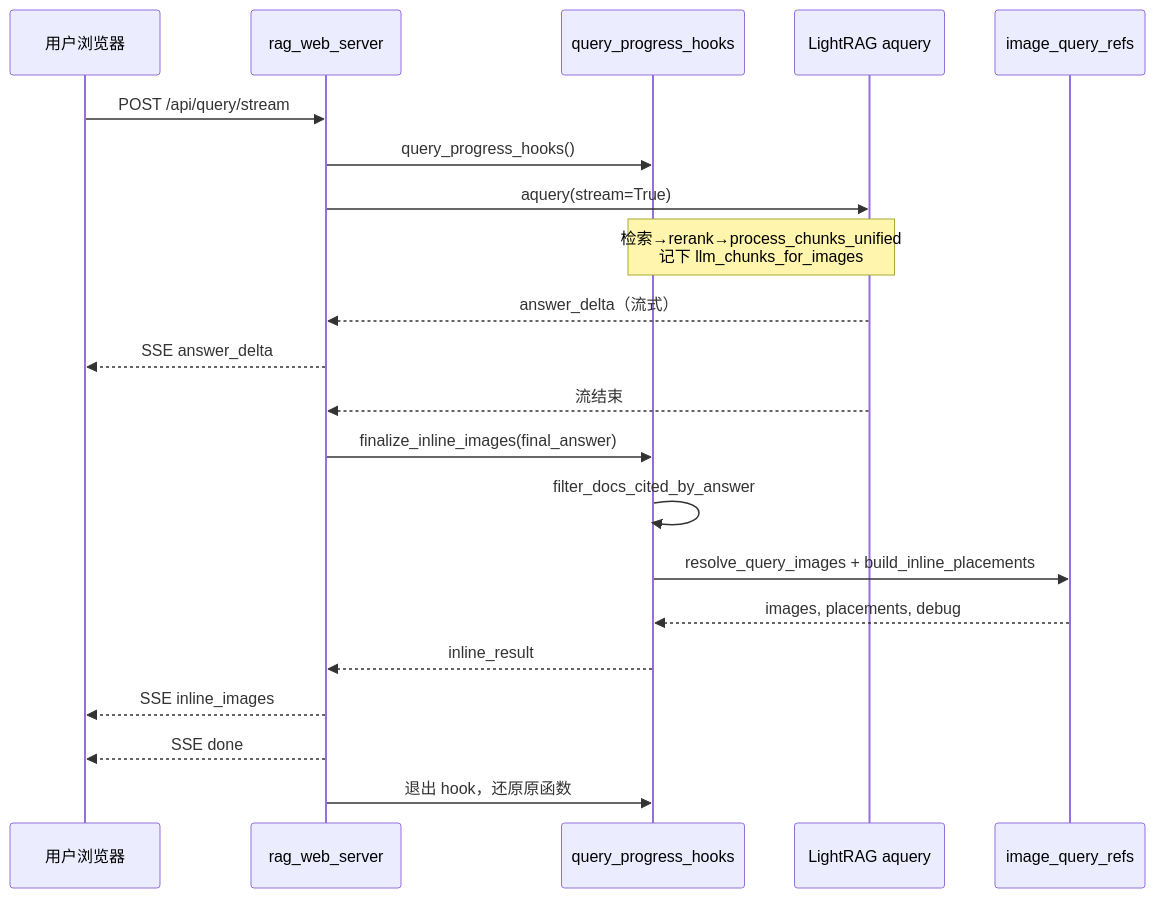
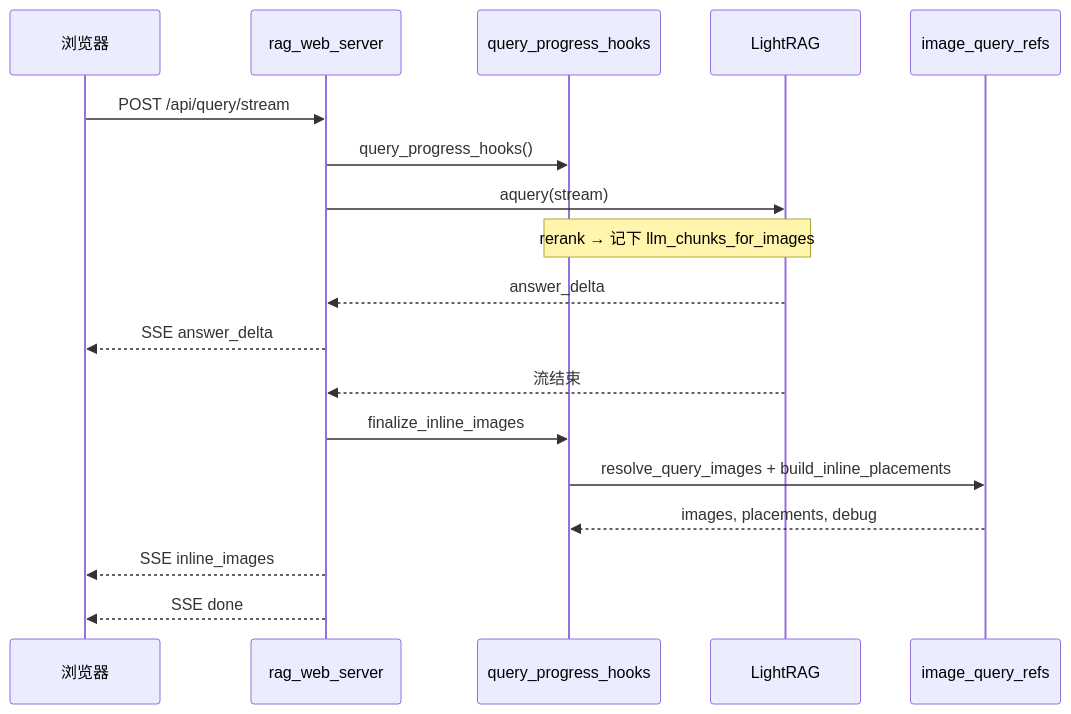
The fourth of 4 diagrams in docs/查询配图实现说明.md (yiliangbetter/IndustrialRAG), drawn with Mermaid before and after one commit. The commit also changed other lines of this file and 32 other files, not shown here.

First line of the commit message:
feat(images): unified figure targets after demo image fix

````diff
--- a/docs/查询配图实现说明.md
+++ b/docs/查询配图实现说明.md
@@ -377,24 +258,21 @@
 ```mermaid
 sequenceDiagram
-    participant U as 用户浏览器
+    participant U as 浏览器
     participant W as rag_web_server
     participant H as query_progress_hooks
-    participant L as LightRAG aquery
+    participant L as LightRAG
     participant I as image_query_refs
 
     U->>W: POST /api/query/stream
     W->>H: query_progress_hooks()
-    W->>L: aquery(stream=True)
-    Note over L,H: 检索→rerank→process_chunks_unified<br/>记下 llm_chunks_for_images
-    L-->>W: answer_delta（流式）
+    W->>L: aquery(stream)
+    Note over L,H: rerank → 记下 llm_chunks_for_images
+    L-->>W: answer_delta
     W-->>U: SSE answer_delta
     L-->>W: 流结束
-    W->>H: finalize_inline_images(final_answer)
-    H->>H: filter_docs_cited_by_answer
+    W->>H: finalize_inline_images
     H->>I: resolve_query_images + build_inline_placements
     I-->>H: images, placements, debug
-    H-->>W: inline_result
     W-->>U: SSE inline_images
     W-->>U: SSE done
-    W->>H: 退出 hook，还原原函数
 ```
````
